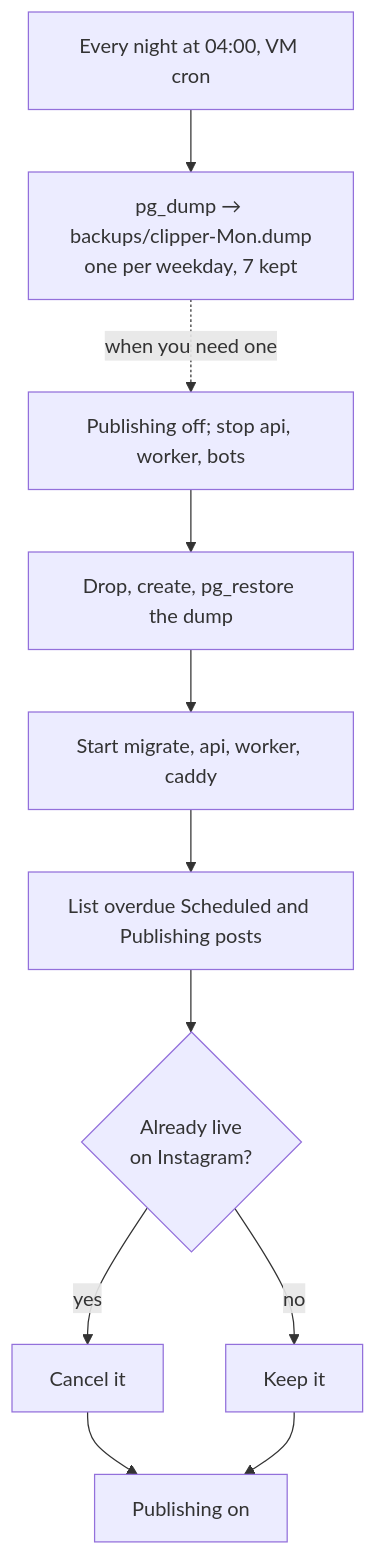
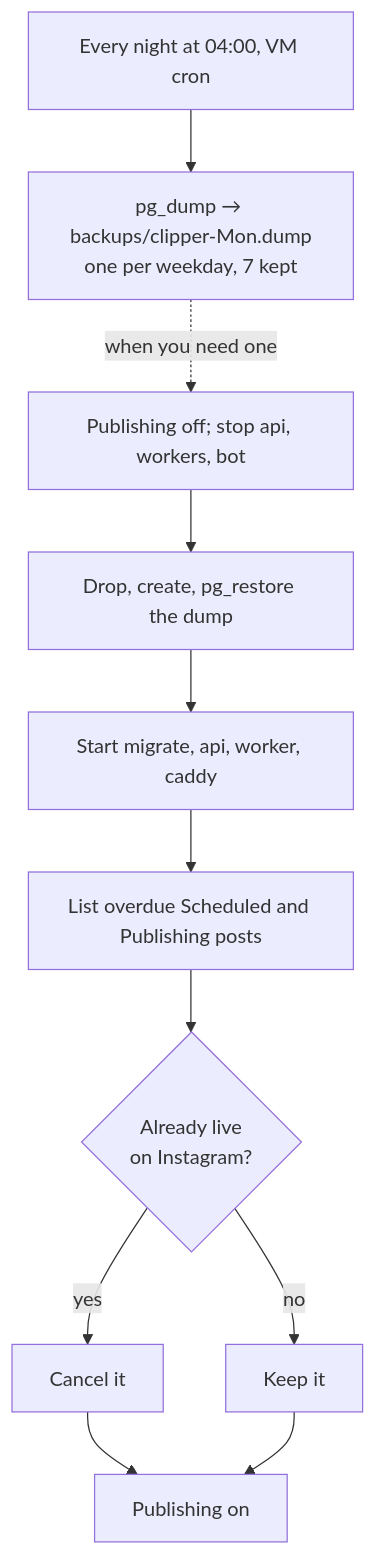
Before and after one commit to paramshah07/Marketing-and-Clipping-Platform: the fifth of 5 diagrams in docs/workflows.md, drawn with Mermaid. The commit also changed other lines of this file and 19 other files, not shown here.

````diff
--- a/docs/workflows.md
+++ b/docs/workflows.md
@@ -171,13 +181,13 @@
 ```mermaid
 flowchart TD
   cron["Every night at 04:00, VM cron"] --> dump["pg_dump → backups/clipper-Mon.dump<br/>one per weekday, 7 kept"]
-  dump -.->|"when you need one"| off["Publishing off; stop api, worker, bots"]
+  dump -.->|"when you need one"| off["Publishing off; stop api, workers, bot"]
   off --> restore["Drop, create, pg_restore the dump"]
   restore --> up["Start migrate, api, worker, caddy"]
   up --> list["List overdue Scheduled and Publishing posts"]
   list --> live{"Already live<br/>on Instagram?"}
   live -->|yes| cancel["Cancel it"]
   live -->|no| keep["Keep it"]
   cancel --> on["Publishing on"]
   keep --> on
 ```
````
